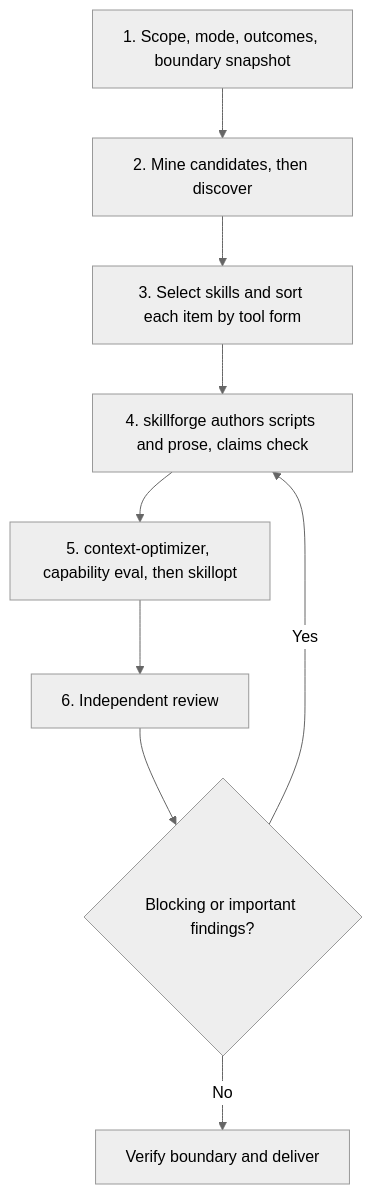
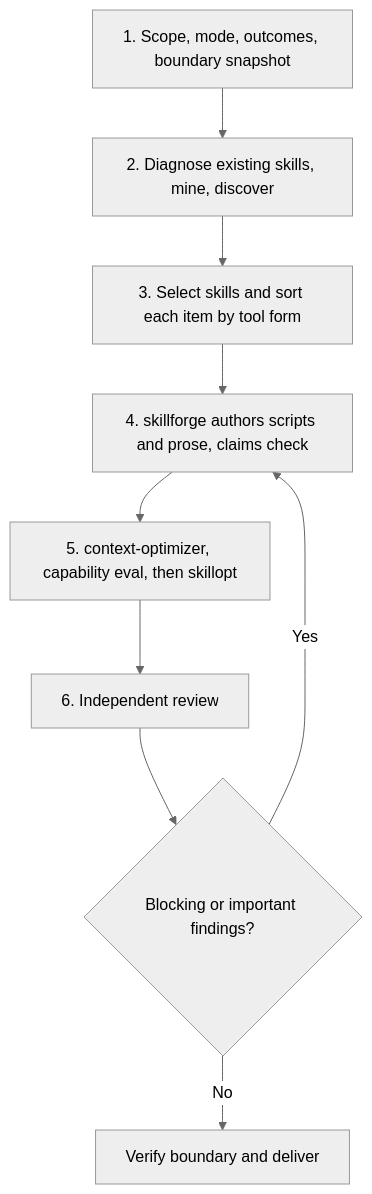
Before and after one commit to rjmurillo/ai-agents: the diagram in src/copilot-cli/skills/skill-bootstrap/SKILL.md, drawn with Mermaid (neutral theme). The commit also changed other lines of this file and 150 other files, not shown here.

````diff
--- a/src/copilot-cli/skills/skill-bootstrap/SKILL.md
+++ b/src/copilot-cli/skills/skill-bootstrap/SKILL.md
@@ -75,11 +76,11 @@
 ```mermaid
 flowchart TD
-    A[1. Scope, mode, outcomes, boundary snapshot] --> B[2. Mine candidates, then discover]
+    A[1. Scope, mode, outcomes, boundary snapshot] --> B[2. Diagnose existing skills, mine, discover]
     B --> C[3. Select skills and sort each item by tool form]
     C --> D[4. skillforge authors scripts and prose, claims check]
     D --> E[5. context-optimizer, capability eval, then skillopt]
     E --> I[6. Independent review]
     I --> K{Blocking or important findings?}
     K -->|Yes| D
     K -->|No| J[Verify boundary and deliver]
 ```
````
